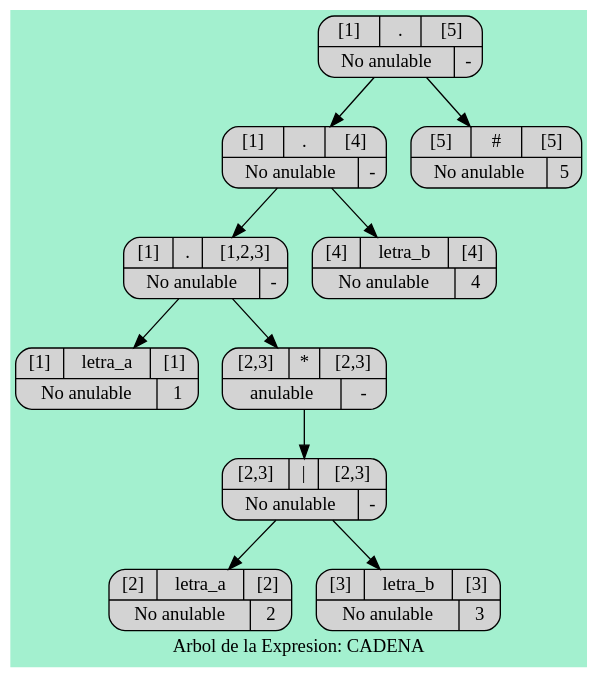
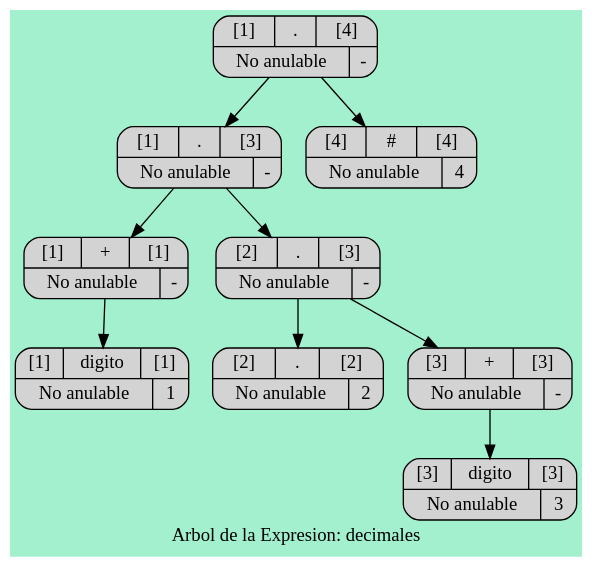
One commit to walterjav19/OLC1_202111718_Proyecto1 changed the diagram in src/main/java/Graphviz/Arbol_Sintactico0.dot. Above: the diagram before and after it, drawn with Graphviz. The commit also changed 31 other files, not shown here.

```diff
--- a/src/main/java/Graphviz/Arbol_Sintactico0.dot
+++ b/src/main/java/Graphviz/Arbol_Sintactico0.dot
@@ -1,25 +1,23 @@
 digraph Arbol_Sintactico{
   bgcolor = "#A3F0CF"
 node [shape=Mrecord style =filled];
-label ="Arbol de la Expresion: CADENA"node0[label="{{[1]|.|[5]}|{No anulable|-}}"];
+label ="Arbol de la Expresion: decimales"node0[label="{{[1]|.|[4]}|{No anulable|-}}"];
 node0 -> node00
-node00[label="{{[1]|.|[4]}|{No anulable|-}}"];
+node00[label="{{[1]|.|[3]}|{No anulable|-}}"];
 node00 -> node000
-node000[label="{{[1]|.|[1,2,3]}|{No anulable|-}}"];
+node000[label="{{[1]|+|[1]}|{No anulable|-}}"];
 node000 -> node0000
-node0000[label="{{[1]|letra_a|[1]}|{No anulable|1}}"];
-node000 -> node0001
-node0001[label="{{[2,3]|*|[2,3]}|{anulable|-}}"];
-node0001 -> node00010
-node00010[label="{{[2,3]|\||[2,3]}|{No anulable|-}}"];
-node00010 -> node000100
-node000100[label="{{[2]|letra_a|[2]}|{No anulable|2}}"];
-node00010 -> node000101
-node000101[label="{{[3]|letra_b|[3]}|{No anulable|3}}"];
+node0000[label="{{[1]|digito|[1]}|{No anulable|1}}"];
 node00 -> node001
-node001[label="{{[4]|letra_b|[4]}|{No anulable|4}}"];
+node001[label="{{[2]|.|[3]}|{No anulable|-}}"];
+node001 -> node0010
+node0010[label="{{[2]|.|[2]}|{No anulable|2}}"];
+node001 -> node0011
+node0011[label="{{[3]|+|[3]}|{No anulable|-}}"];
+node0011 -> node00110
+node00110[label="{{[3]|digito|[3]}|{No anulable|3}}"];
 node0 -> node01
-node01[label="{{[5]|#|[5]}|{No anulable|5}}"];
+node01[label="{{[4]|#|[4]}|{No anulable|4}}"];
 
 
 }
```
